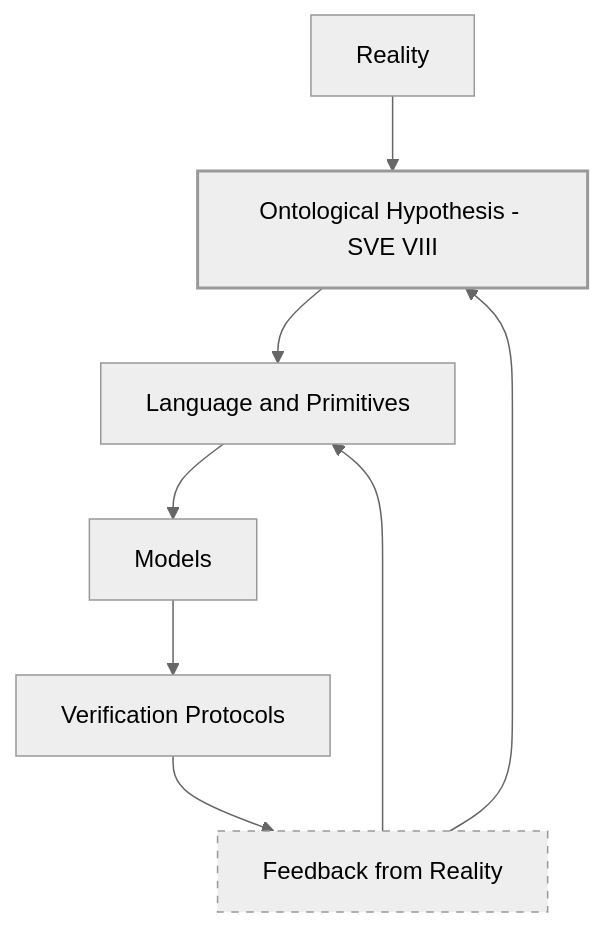
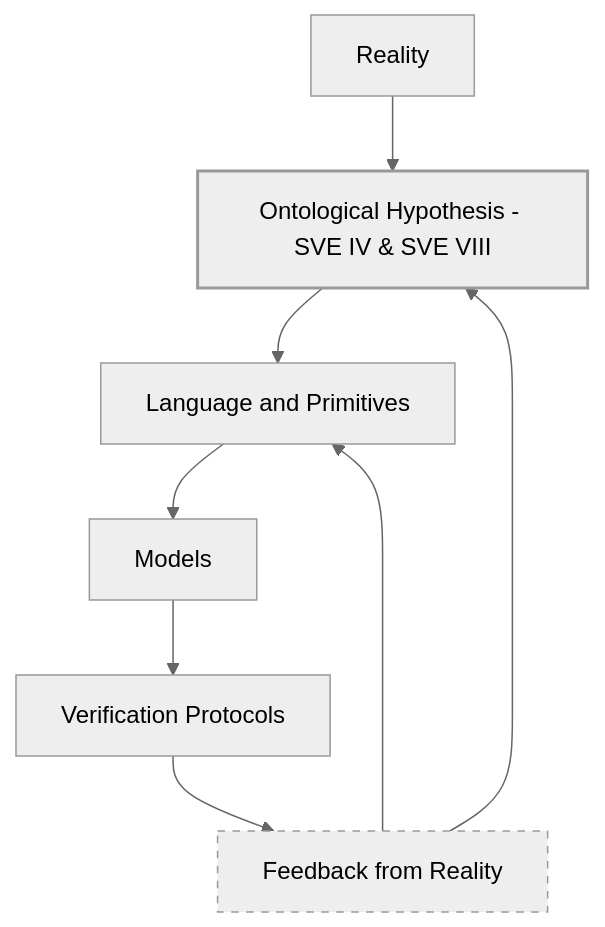
The diagram in README.md (skovnats/SVE-Systemic-Verification-Engineering), drawn with Mermaid (neutral theme) before and after one commit. The commit also changed other lines of this file, not shown here.

````diff
--- a/README.md
+++ b/README.md
@@ -28,17 +28,17 @@
 ```mermaid
 flowchart TD
     R[Reality]
-    O[Ontological Hypothesis - SVE VIII]
+    O[Ontological Hypothesis - SVE IV & SVE VIII]
     L[Language and Primitives]
     M[Models]
     V[Verification Protocols]
     F[Feedback from Reality]
 
     R --> O --> L --> M --> V --> F
     F --> O
     F --> L
 
     style O stroke-width:2px
     style F stroke-dasharray: 5 5
 
 ```
````
